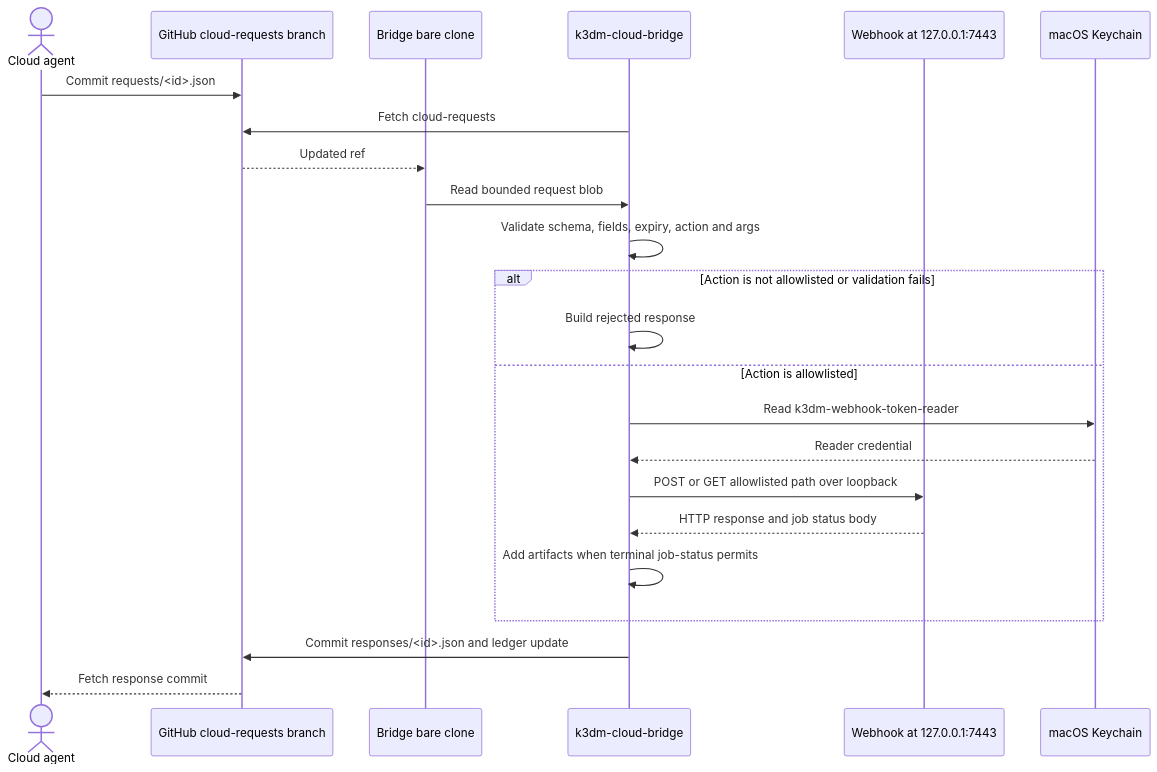
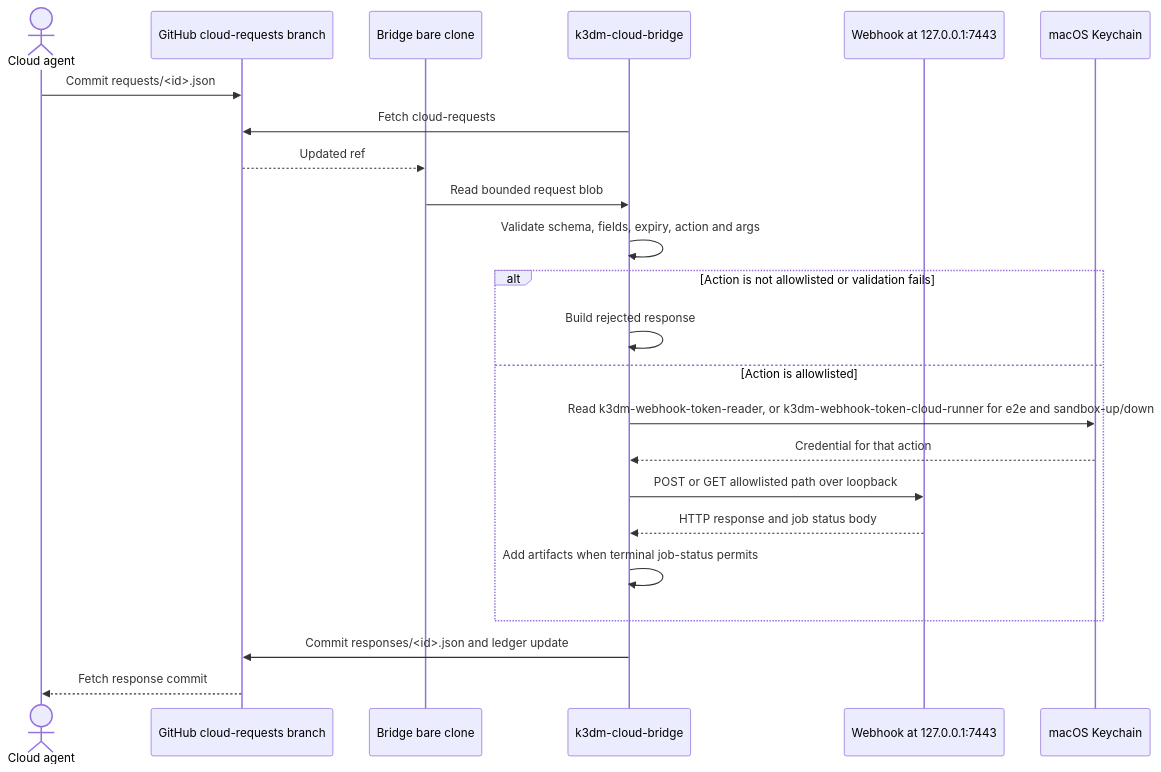
The second of 2 diagrams in docs/architecture/cloud-bridge.md (wilddog64/k3d-manager), drawn with Mermaid before and after one commit. The commit also changed other lines of this file and 618 other files, not shown here.

````diff
--- a/docs/architecture/cloud-bridge.md
+++ b/docs/architecture/cloud-bridge.md
@@ -48,26 +48,26 @@
 ```mermaid
 sequenceDiagram
     actor Agent as Cloud agent
     participant GitHub as GitHub cloud-requests branch
     participant Bare as Bridge bare clone
     participant Bridge as k3dm-cloud-bridge
     participant Hook as Webhook at 127.0.0.1:7443
     participant Keychain as macOS Keychain
 
     Agent->>GitHub: Commit requests/<id>.json
     Bridge->>GitHub: Fetch cloud-requests
     GitHub-->>Bare: Updated ref
     Bare->>Bridge: Read bounded request blob
     Bridge->>Bridge: Validate schema, fields, expiry, action and args
     alt Action is not allowlisted or validation fails
         Bridge->>Bridge: Build rejected response
     else Action is allowlisted
-        Bridge->>Keychain: Read k3dm-webhook-token-reader
-        Keychain-->>Bridge: Reader credential
+        Bridge->>Keychain: Read k3dm-webhook-token-reader, or k3dm-webhook-token-cloud-runner for e2e and sandbox-up/down
+        Keychain-->>Bridge: Credential for that action
         Bridge->>Hook: POST or GET allowlisted path over loopback
         Hook-->>Bridge: HTTP response and job status body
         Bridge->>Bridge: Add artifacts when terminal job-status permits
     end
     Bridge->>GitHub: Commit responses/<id>.json and ledger update
     GitHub-->>Agent: Fetch response commit
 ```
````
